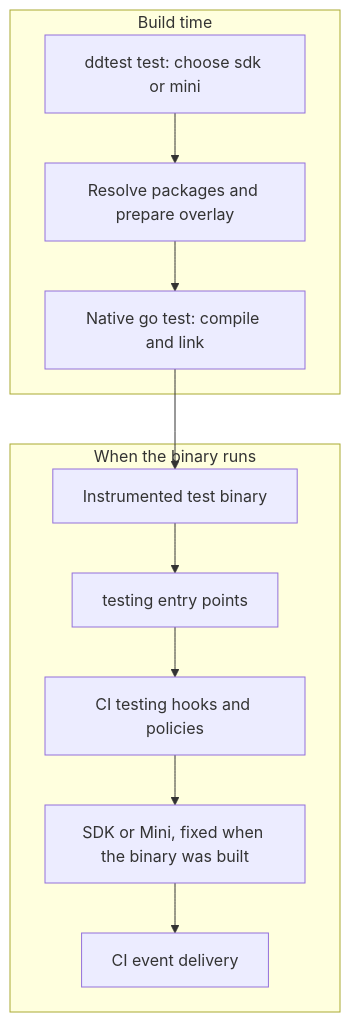
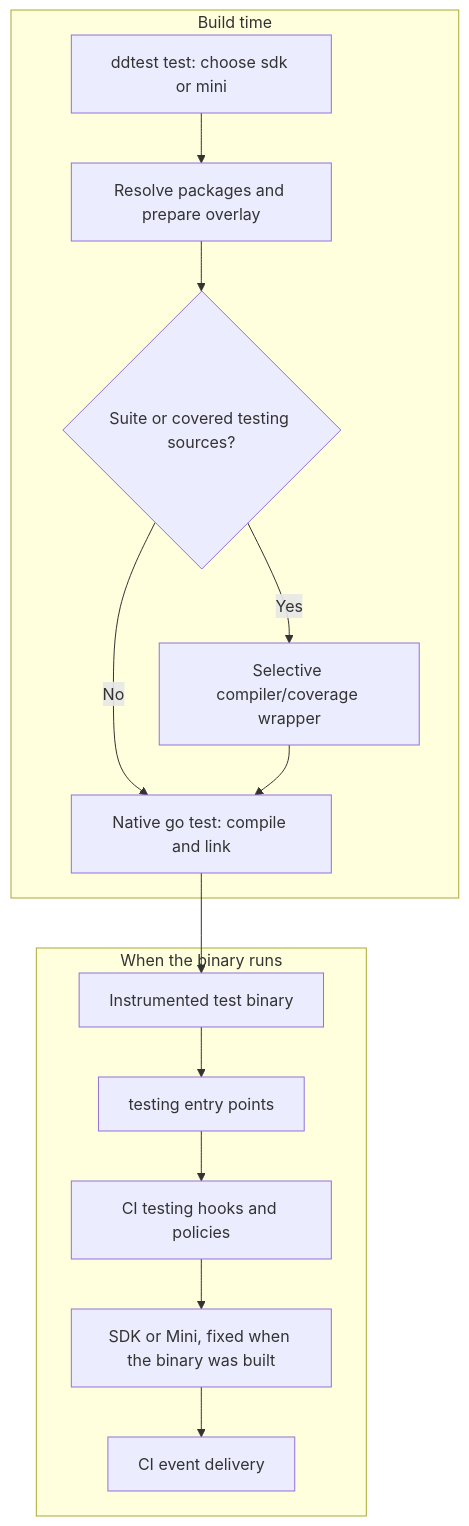
One commit to tonyredondo/dd-ci-testing-poc changed the first of 6 diagrams in docs/architecture.md. Above: the diagram before and after it, drawn with Mermaid. The commit also changed other lines of this file and 72 other files, not shown here.

Commit message:
Support Testify suites with selective build tools and cache-safe discovery

````diff
--- a/docs/architecture.md
+++ b/docs/architecture.md
@@ -19,14 +19,17 @@
 ```mermaid
 flowchart TB
     subgraph build["Build time"]
         CLI["ddtest test: choose sdk or mini"] --> Plan["Resolve packages and prepare overlay"]
-        Plan --> Go["Native go test: compile and link"]
+        Plan --> Selection{"Suite or covered testing sources?"}
+        Selection -->|Yes| Tools["Selective compiler/coverage wrapper"]
+        Selection -->|No| Go["Native go test: compile and link"]
+        Tools --> Go
     end
     Go --> Binary["Instrumented test binary"]
     subgraph execution["When the binary runs"]
         Binary --> Testing["testing entry points"]
         Testing --> Hooks["CI testing hooks and policies"]
         Hooks --> Runtime["SDK or Mini, fixed when the binary was built"]
         Runtime --> Output["CI event delivery"]
     end
 ```
````
